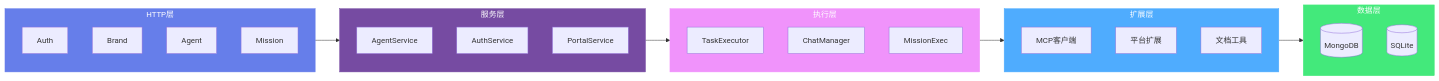
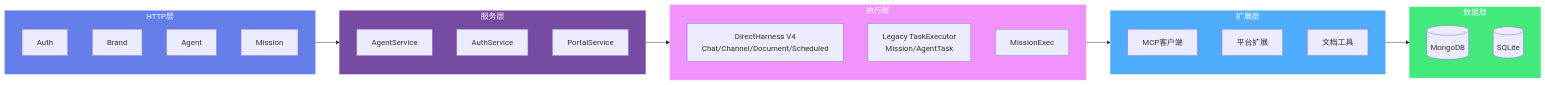
One commit to jsjm1986/AGIME changed the first of 2 diagrams in docs/TEAM_SERVER.md. Above: the diagram before and after it, drawn with Mermaid. The commit also changed 1 other file, not shown here.

Commit message:
Clarify Harness V4 execution docs

````diff
--- a/docs/TEAM_SERVER.md
+++ b/docs/TEAM_SERVER.md
@@ -9,40 +9,40 @@
 ```mermaid
 graph LR
     subgraph HTTP["HTTP层"]
         Auth[Auth]
         Brand[Brand]
         Agent[Agent]
         Mission[Mission]
     end
 
     subgraph Service["服务层"]
         AgentService[AgentService]
         AuthService[AuthService]
         PortalService[PortalService]
     end
 
     subgraph Execution["执行层"]
-        TaskExecutor[TaskExecutor]
-        ChatManager[ChatManager]
+        DirectHarness[DirectHarness V4<br/>Chat/Channel/Document/Scheduled]
+        TaskExecutor[Legacy TaskExecutor<br/>Mission/AgentTask]
         MissionExec[MissionExec]
     end
 
     subgraph Extension["扩展层"]
         McpConnector[MCP客户端]
         PlatformRunner[平台扩展]
         DocumentTools[文档工具]
     end
 
     subgraph Data["数据层"]
         MongoDB[(MongoDB)]
         SQLite[(SQLite)]
     end
 
     HTTP --> Service --> Execution --> Extension --> Data
 
     style HTTP fill:#667eea,stroke:#667eea,color:#ffffff
     style Service fill:#764ba2,stroke:#764ba2,color:#ffffff
     style Execution fill:#f093fb,stroke:#f093fb,color:#ffffff
     style Extension fill:#4facfe,stroke:#4facfe,color:#ffffff
     style Data fill:#43e97b,stroke:#43e97b,color:#ffffff
 ```
````
